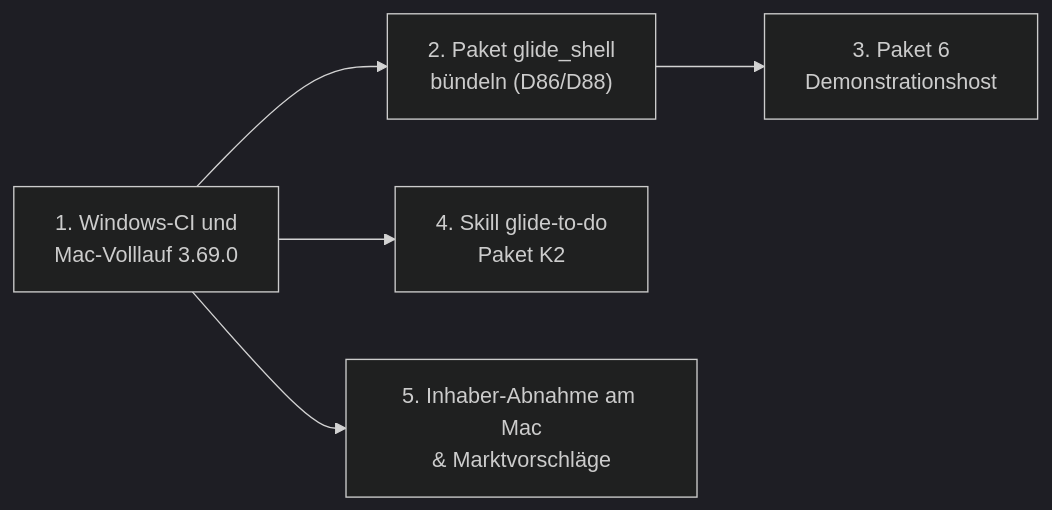
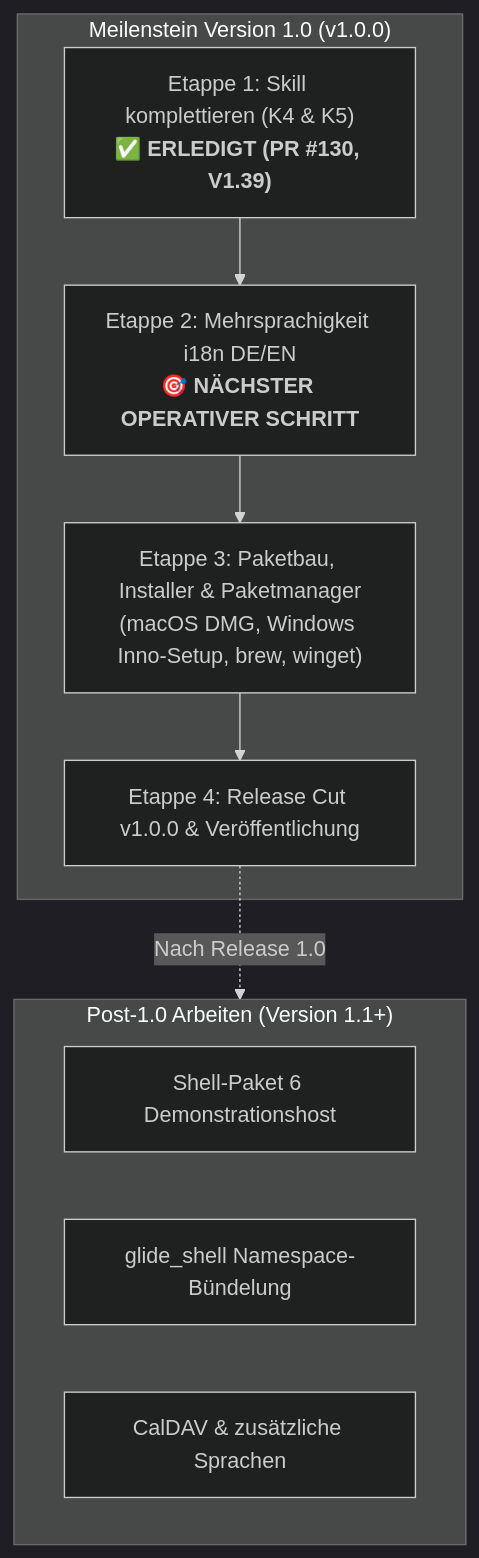
Before and after one commit to n05a-design/glide-to-do: the second of 2 diagrams in 00_Arbeitsvorbereitung/Glide_Uebergabe.md, drawn with Mermaid (dark theme). The commit also changed other lines of this file and 6 other files, not shown here.

First line of the commit message:
docs(uebergabe): Ganzheitliche Übergabe und Meilenstein-Plan Release 1.0 (D93) (#131)

````diff
--- a/00_Arbeitsvorbereitung/Glide_Uebergabe.md
+++ b/00_Arbeitsvorbereitung/Glide_Uebergabe.md
@@ -82,7 +87,18 @@
 ```mermaid
-flowchart LR
-    S1["1. Windows-CI und<br/>Mac-Volllauf 3.69.0"] --> S2["2. Paket glide_shell<br/>bündeln (D86/D88)"]
-    S2 --> S3["3. Paket 6<br/>Demonstrationshost"]
-    S1 --> K2["4. Skill glide-to-do<br/>Paket K2"]
-    S1 --> INH["5. Inhaber-Abnahme am Mac<br/>& Marktvorschläge"]
+flowchart TD
+    subgraph MEILENSTEIN ["Meilenstein Version 1.0 (v1.0.0)"]
+        E1["Etappe 1: Skill komplettieren (K4 & K5)<br/><b>✅ ERLEDIGT (PR #130, V1.39)</b>"]
+        E2["Etappe 2: Mehrsprachigkeit i18n DE/EN<br/><b>🎯 NÄCHSTER OPERATIVER SCHRITT</b>"]
+        E3["Etappe 3: Paketbau, Installer & Paketmanager<br/>(macOS DMG, Windows Inno-Setup, brew, winget)"]
+        E4["Etappe 4: Release Cut v1.0.0 & Veröffentlichung"]
+        E1 --> E2 --> E3 --> E4
+    end
+
+    subgraph POST ["Post-1.0 Arbeiten (Version 1.1+)"]
+        P1["Shell-Paket 6 Demonstrationshost"]
+        P2["glide_shell Namespace-Bündelung"]
+        P3["CalDAV & zusätzliche Sprachen"]
+    end
+
+    E4 -.->|Nach Release 1.0| POST
 ```
````
